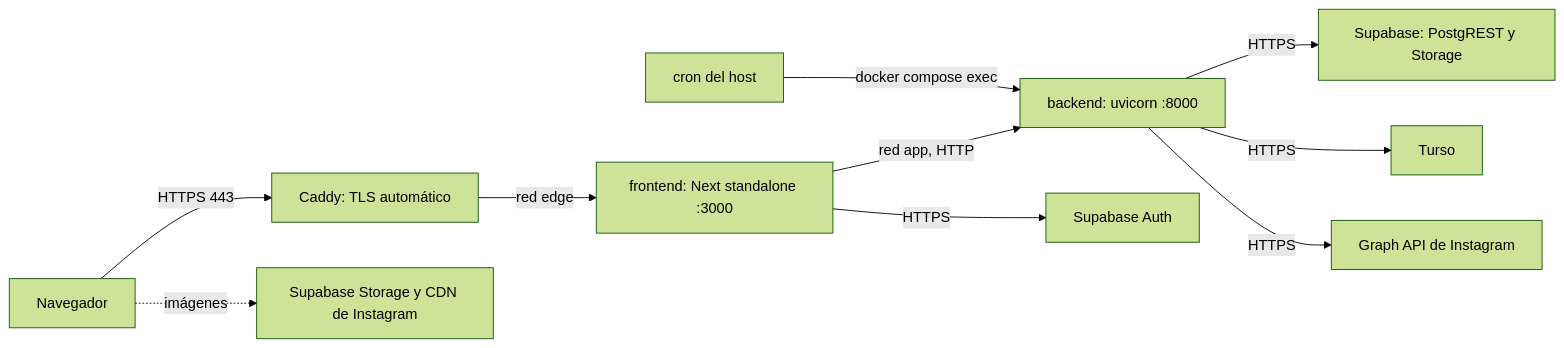
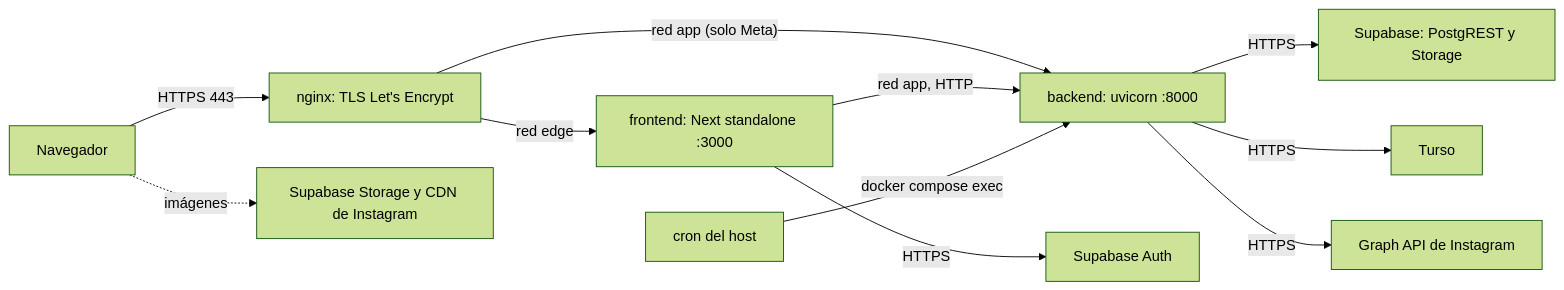
One commit to fabvargaspinto/rank changed the diagram in docs/VPS_DEPLOY_REVIEW.md. Above: the diagram before and after it, drawn with Mermaid (forest theme). The commit also changed other lines of this file and 2 other files, not shown here.

````diff
--- a/docs/VPS_DEPLOY_REVIEW.md
+++ b/docs/VPS_DEPLOY_REVIEW.md
@@ -658,12 +658,13 @@
 ```mermaid
 flowchart LR
-    U["Navegador"] -->|"HTTPS 443"| C["Caddy: TLS automático"]
-    C -->|"red edge"| F["frontend: Next standalone :3000"]
-    F -->|"red app, HTTP"| B["backend: uvicorn :8000"]
+    U["Navegador"] -->|"HTTPS 443"| N["nginx: TLS Let's Encrypt"]
+    N -->|"red edge"| F["frontend: Next standalone :3000"]
+    N -->|"red app (solo Meta)"| B["backend: uvicorn :8000"]
+    F -->|"red app, HTTP"| B
     F -->|"HTTPS"| SA["Supabase Auth"]
     B -->|"HTTPS"| SB["Supabase: PostgREST y Storage"]
     B -->|"HTTPS"| T["Turso"]
     B -->|"HTTPS"| M["Graph API de Instagram"]
     U -.->|"imágenes"| ST["Supabase Storage y CDN de Instagram"]
     CR["cron del host"] -->|"docker compose exec"| B
 ```
````
